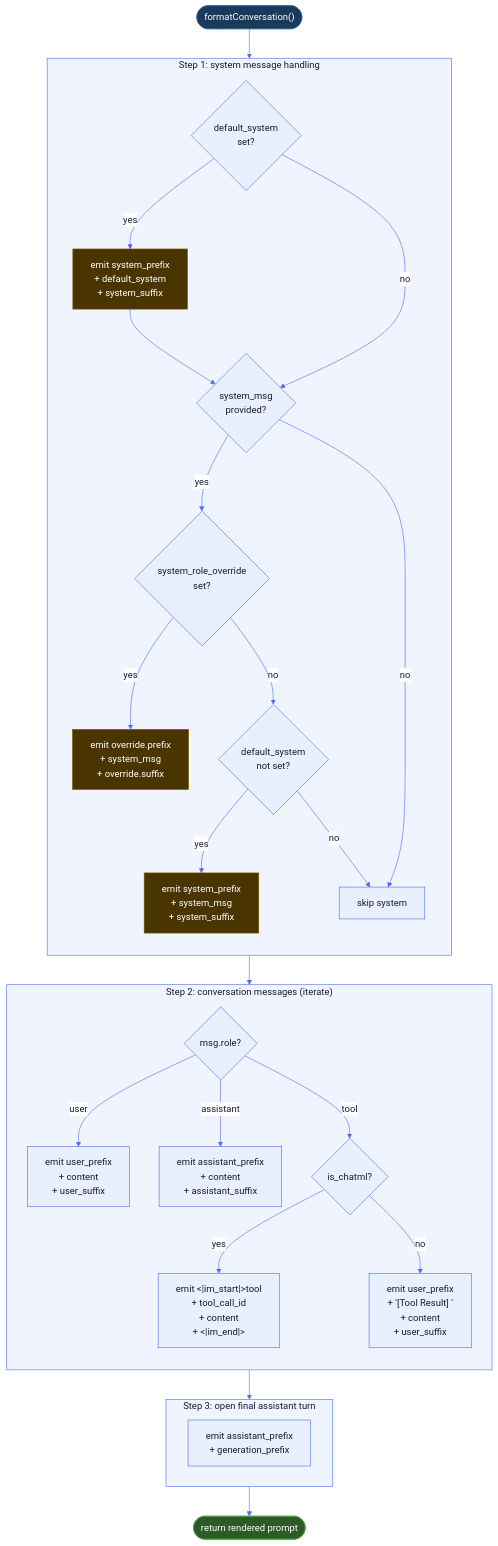
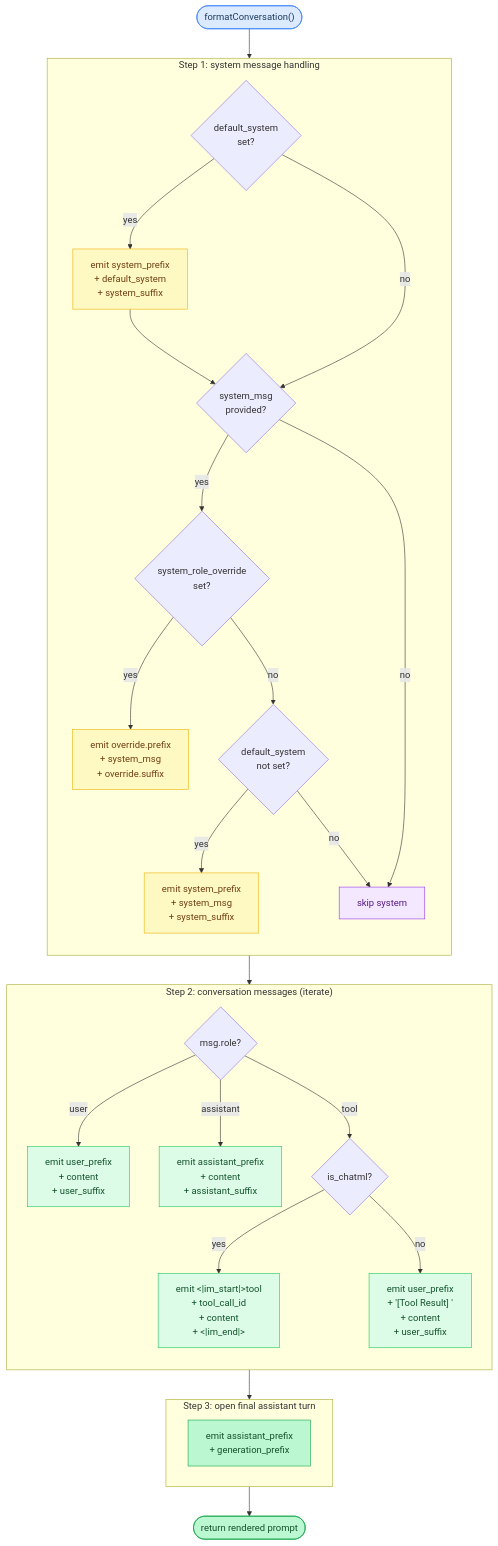
Before and after one commit to maci0/agave: the sixth of 7 diagrams in docs/tutorial/15-chat-templates.md, drawn with Mermaid. The commit also changed other lines of this file and 24 other files, not shown here.

First line of the commit message:
docs: convert all mermaid diagrams to classDef semantic colors

````diff
--- a/docs/tutorial/15-chat-templates.md
+++ b/docs/tutorial/15-chat-templates.md
@@ -600,71 +577,60 @@
 ```mermaid
-%%{init: {'theme': 'base', 'themeVariables': {
-  'primaryColor': '#e8f0fe',
-  'primaryTextColor': '#1a1a2e',
-  'primaryBorderColor': '#4a6cf7',
-  'lineColor': '#4a6cf7',
-  'secondaryColor': '#f0f4ff',
-  'tertiaryColor': '#f8f9ff',
-  'edgeLabelBackground': '#ffffff',
-  'clusterBkg': '#f0f4ff',
-  'clusterBorder': '#4a6cf7',
-  'titleColor': '#1a1a2e',
-  'nodeTextColor': '#1a1a2e',
-  'fontFamily': 'ui-monospace, SFMono-Regular, monospace'
-}}}%%
 flowchart TD
-    Start(["formatConversation()"])
+    classDef setup     fill:#dbeafe,stroke:#3b82f6,color:#1e3a5f
+    classDef sync      fill:#dcfce7,stroke:#22c55e,color:#14532d
+    classDef migration fill:#fef9c3,stroke:#eab308,color:#713f12
+    classDef success   fill:#bbf7d0,stroke:#16a34a,color:#14532d
+    classDef danger    fill:#fee2e2,stroke:#ef4444,color:#7f1d1d
+    classDef optional  fill:#f3e8ff,stroke:#9333ea,color:#581c87
+
+    Start(["formatConversation()"]):::setup
+    Done(["return rendered prompt"]):::success
+    EmitDefault["emit system_prefix\n+ default_system\n+ system_suffix"]:::migration
+    SkipSys["skip system"]:::optional
+    EmitOverride["emit override.prefix\n+ system_msg\n+ override.suffix"]:::migration
+    EmitPlain["emit system_prefix\n+ system_msg\n+ system_suffix"]:::migration
+    EmitUser["emit user_prefix\n+ content\n+ user_suffix"]:::sync
+    EmitAsst["emit assistant_prefix\n+ content\n+ assistant_suffix"]:::sync
+    EmitToolChatML["emit &lt;|im_start|&gt;tool\n+ tool_call_id\n+ content\n+ &lt;|im_end|&gt;"]:::sync
+    EmitToolFallback["emit user_prefix\n+ '[Tool Result] '\n+ content\n+ user_suffix"]:::sync
+    EmitAsstPrefix["emit assistant_prefix\n+ generation_prefix"]:::success
 
     subgraph SystemBlock["Step 1: system message handling"]
         direction TB
         HasDefault{"default_system\nset?"}
-        EmitDefault["emit system_prefix\n+ default_system\n+ system_suffix"]
         HasUserSys{"system_msg\nprovided?"}
         HasOverride{"system_role_override\nset?"}
-        EmitOverride["emit override.prefix\n+ system_msg\n+ override.suffix"]
         HasNoDefault{"default_system\nnot set?"}
-        EmitPlain["emit system_prefix\n+ system_msg\n+ system_suffix"]
-        SkipSys["skip system"]
 
         HasDefault -->|yes| EmitDefault
         HasDefault -->|no| HasUserSys
         EmitDefault --> HasUserSys
         HasUserSys -->|yes| HasOverride
         HasUserSys -->|no| SkipSys
         HasOverride -->|yes| EmitOverride
         HasOverride -->|no| HasNoDefault
         HasNoDefault -->|yes| EmitPlain
         HasNoDefault -->|no| SkipSys
     end
 
     subgraph MsgLoop["Step 2: conversation messages (iterate)"]
         direction TB
         RoleCheck{"msg.role?"}
-        EmitUser["emit user_prefix\n+ content\n+ user_suffix"]
-        EmitAsst["emit assistant_prefix\n+ content\n+ assistant_suffix"]
         IsChatML{"is_chatml?"}
-        EmitToolChatML["emit &lt;|im_start|&gt;tool\n+ tool_call_id\n+ content\n+ &lt;|im_end|&gt;"]
-        EmitToolFallback["emit user_prefix\n+ '[Tool Result] '\n+ content\n+ user_suffix"]
 
         RoleCheck -->|user| EmitUser
         RoleCheck -->|assistant| EmitAsst
         RoleCheck -->|tool| IsChatML
         IsChatML -->|yes| EmitToolChatML
         IsChatML -->|no| EmitToolFallback
     end
 
     subgraph GenStep["Step 3: open final assistant turn"]
-        EmitAsstPrefix["emit assistant_prefix\n+ generation_prefix"]
+        EmitAsstPrefix
     end
 
     Start --> SystemBlock
     SystemBlock --> MsgLoop
     MsgLoop --> GenStep
-    GenStep --> Done(["return rendered prompt"])
-
-    style Done fill:#2d5a27,color:#fff,stroke:#4a9e40
-    style Start fill:#1a3a5c,color:#fff,stroke:#2a5a8c
-    style EmitDefault fill:#4a3500,color:#fff,stroke:#7a5a00
-    style EmitOverride fill:#4a3500,color:#fff,stroke:#7a5a00
-    style EmitPlain fill:#4a3500,color:#fff,stroke:#7a5a00
+    GenStep --> Done
 ```
````
